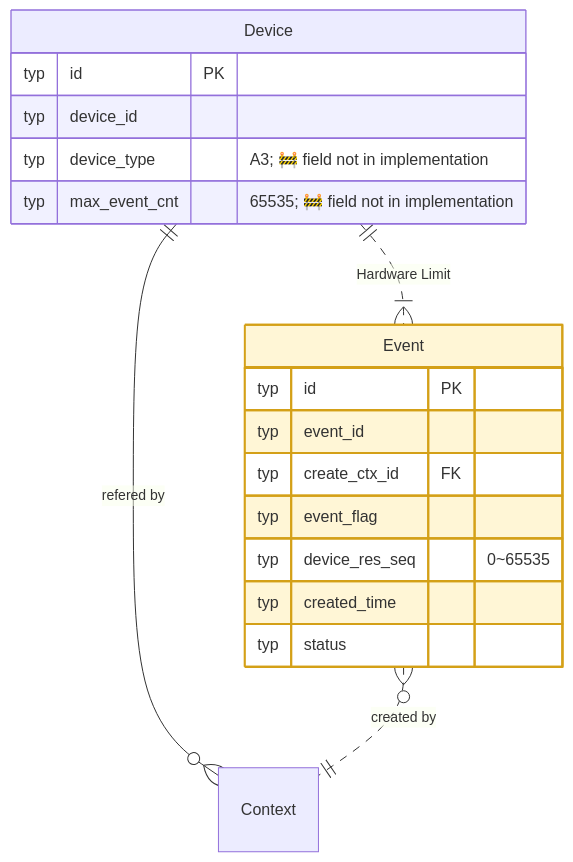
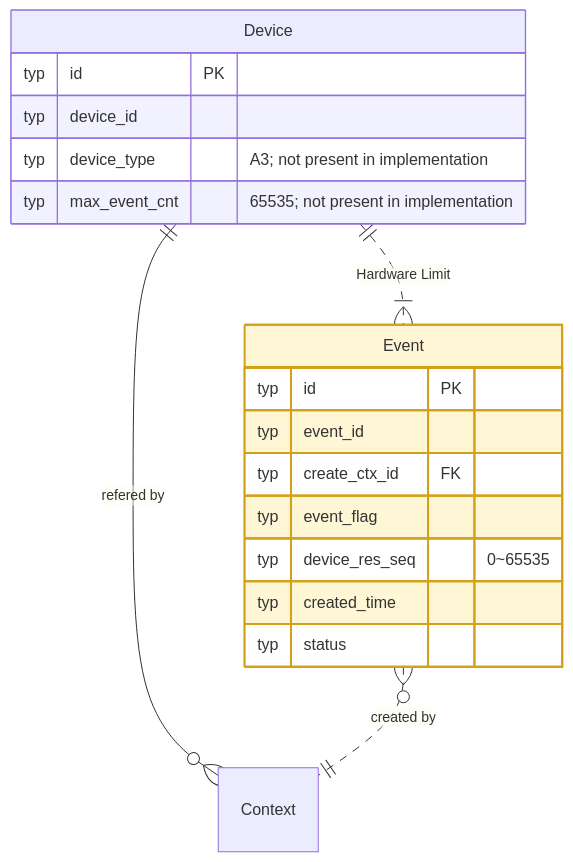
The tenth of 19 diagrams in test/hccl_vm/docs/simulator_runner_data_model_en.md (Atlas-Ascend-Fork/hcomm), drawn with Mermaid before and after one commit. The commit also changed other lines of this file and 171 other files, not shown here.

````diff
--- a/test/hccl_vm/docs/simulator_runner_data_model_en.md
+++ b/test/hccl_vm/docs/simulator_runner_data_model_en.md
@@ -884,26 +908,26 @@
 ```mermaid
 erDiagram
-    %% 🧠 Process-private candidates: Event (only src/proxy accesses)
+    %% Process-private candidates: Event (accessed only by src/proxy)
     Device ||..|{ Event : "Hardware Limit"
     Device ||--o{ Context : "refered by"
     Device {
         typ id PK
         typ device_id
-        typ device_type "A3; 🚧 field not in implementation"
-        typ max_event_cnt "65535; 🚧 field not in implementation"
+        typ device_type "A3; not present in implementation"
+        typ max_event_cnt "65535; not present in implementation"
     }
 
     Event }o..|| Context : "created by"
     Event {
         typ id PK
         typ event_id
         typ create_ctx_id FK
         typ event_flag
         typ device_res_seq "0~65535"
         typ created_time
         typ status
     }
 
     classDef inproc fill:#fff6d6,stroke:#d4a017,stroke-width:2px
     class Event inproc
 ```
````
